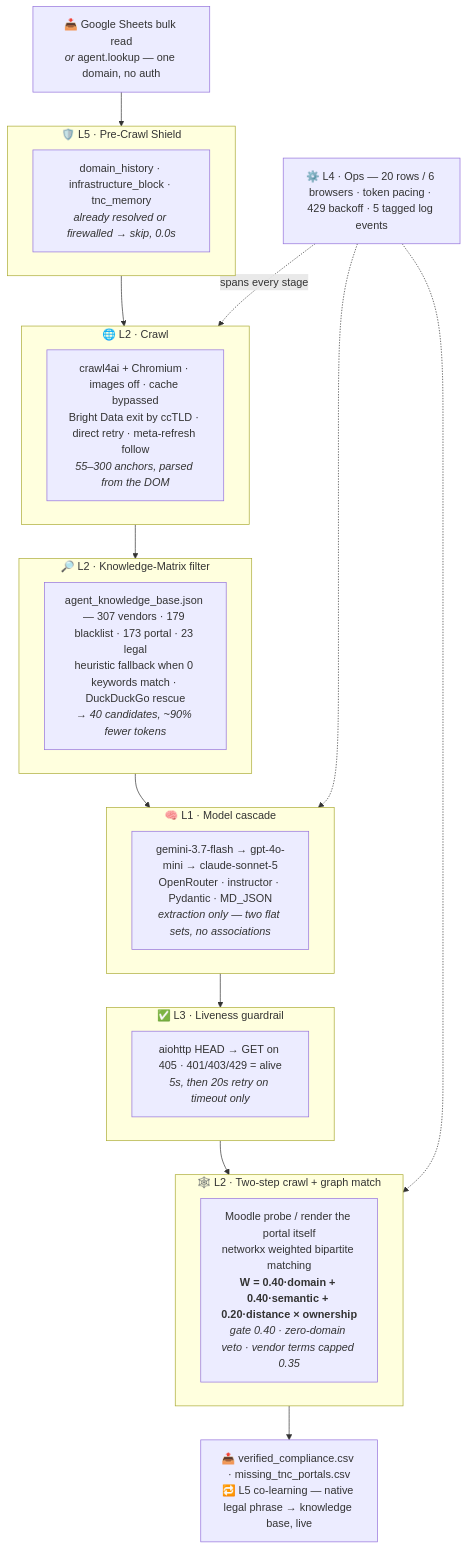
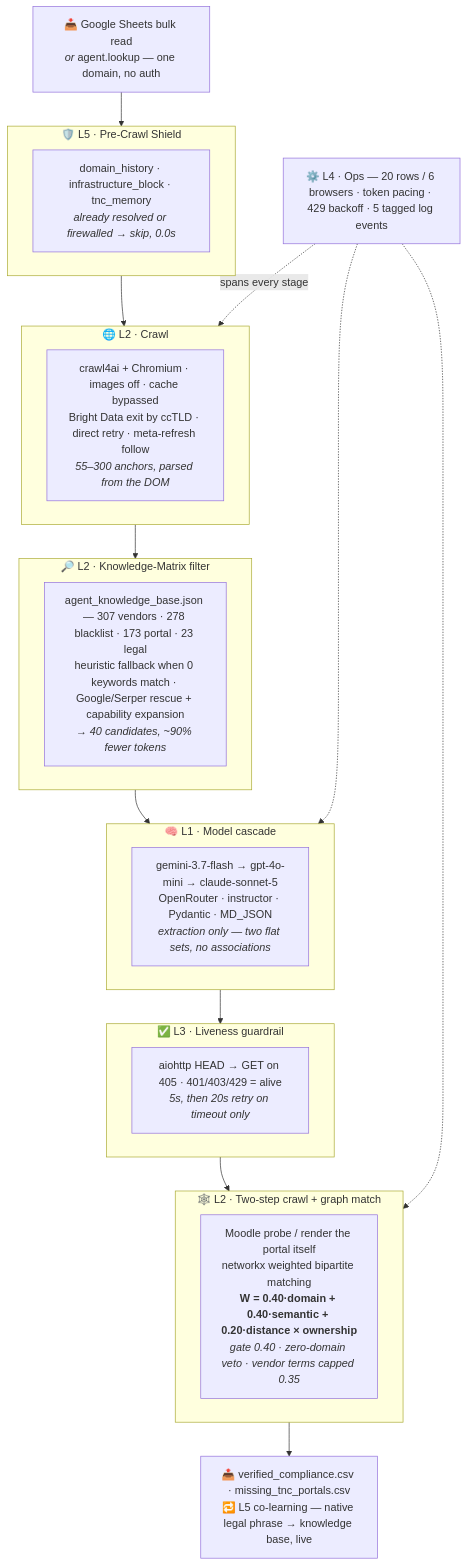
Before and after one commit to reclaimprotocol/reclaim-portal-agent: the diagram in README.md, drawn with Mermaid. The commit also changed other lines of this file and 8 other files, not shown here.

````diff
--- a/README.md
+++ b/README.md
@@ -102,41 +102,41 @@
 ```mermaid
 flowchart TD
     IN["📥 Google Sheets bulk read<br/><i>or</i> agent.lookup — one domain, no auth"]
 
     IN --> L5A
     subgraph L5A["🛡️ L5 · Pre-Crawl Shield"]
       SH["domain_history · infrastructure_block · tnc_memory<br/><i>already resolved or firewalled → skip, 0.0s</i>"]
     end
 
     L5A --> L2A
     subgraph L2A["🌐 L2 · Crawl"]
       CR["crawl4ai + Chromium · images off · cache bypassed<br/>Bright Data exit by ccTLD · direct retry · meta-refresh follow<br/><i>55–300 anchors, parsed from the DOM</i>"]
     end
 
     L2A --> L2B
     subgraph L2B["🔎 L2 · Knowledge-Matrix filter"]
-      FI["agent_knowledge_base.json — 307 vendors · 179 blacklist · 173 portal · 23 legal<br/>heuristic fallback when 0 keywords match · DuckDuckGo rescue<br/><i>→ 40 candidates, ~90% fewer tokens</i>"]
+      FI["agent_knowledge_base.json — 307 vendors · 278 blacklist · 173 portal · 23 legal<br/>heuristic fallback when 0 keywords match · Google/Serper rescue + capability expansion<br/><i>→ 40 candidates, ~90% fewer tokens</i>"]
     end
 
     L2B --> L1
     subgraph L1["🧠 L1 · Model cascade"]
       MO["gemini-3.7-flash → gpt-4o-mini → claude-sonnet-5<br/>OpenRouter · instructor · Pydantic · MD_JSON<br/><i>extraction only — two flat sets, no associations</i>"]
     end
 
     L1 --> L3
     subgraph L3["✅ L3 · Liveness guardrail"]
       GU["aiohttp HEAD → GET on 405 · 401/403/429 = alive<br/><i>5s, then 20s retry on timeout only</i>"]
     end
 
     L3 --> L2C
     subgraph L2C["🕸️ L2 · Two-step crawl + graph match"]
       GM["Moodle probe / render the portal itself<br/>networkx weighted bipartite matching<br/><b>W = 0.40·domain + 0.40·semantic + 0.20·distance × ownership</b><br/><i>gate 0.40 · zero-domain veto · vendor terms capped 0.35</i>"]
     end
 
     L2C --> OUT["📤 verified_compliance.csv · missing_tnc_portals.csv<br/>🔁 L5 co-learning — native legal phrase → knowledge base, live"]
 
     L4["⚙️ L4 · Ops — 20 rows / 6 browsers · token pacing · 429 backoff · 5 tagged log events"]
     L4 -.spans every stage.-> L2A
     L4 -.-> L1
     L4 -.-> L2C
 ```
````
